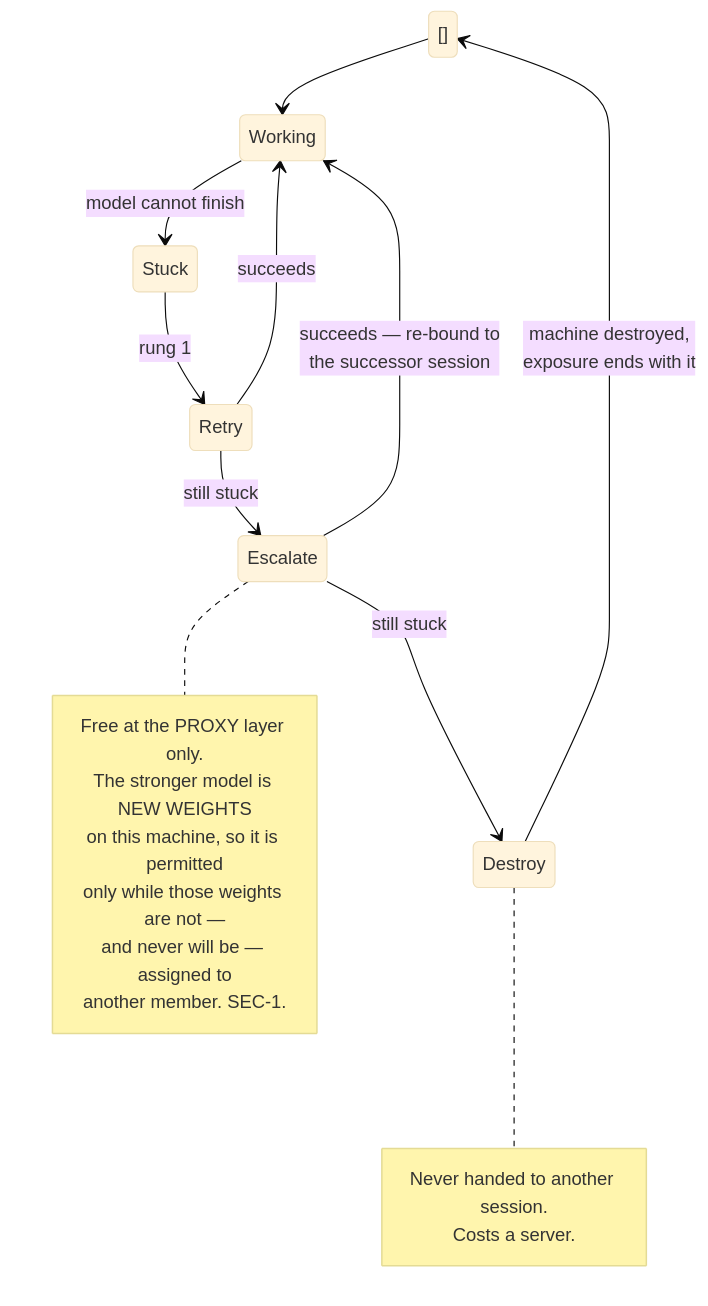
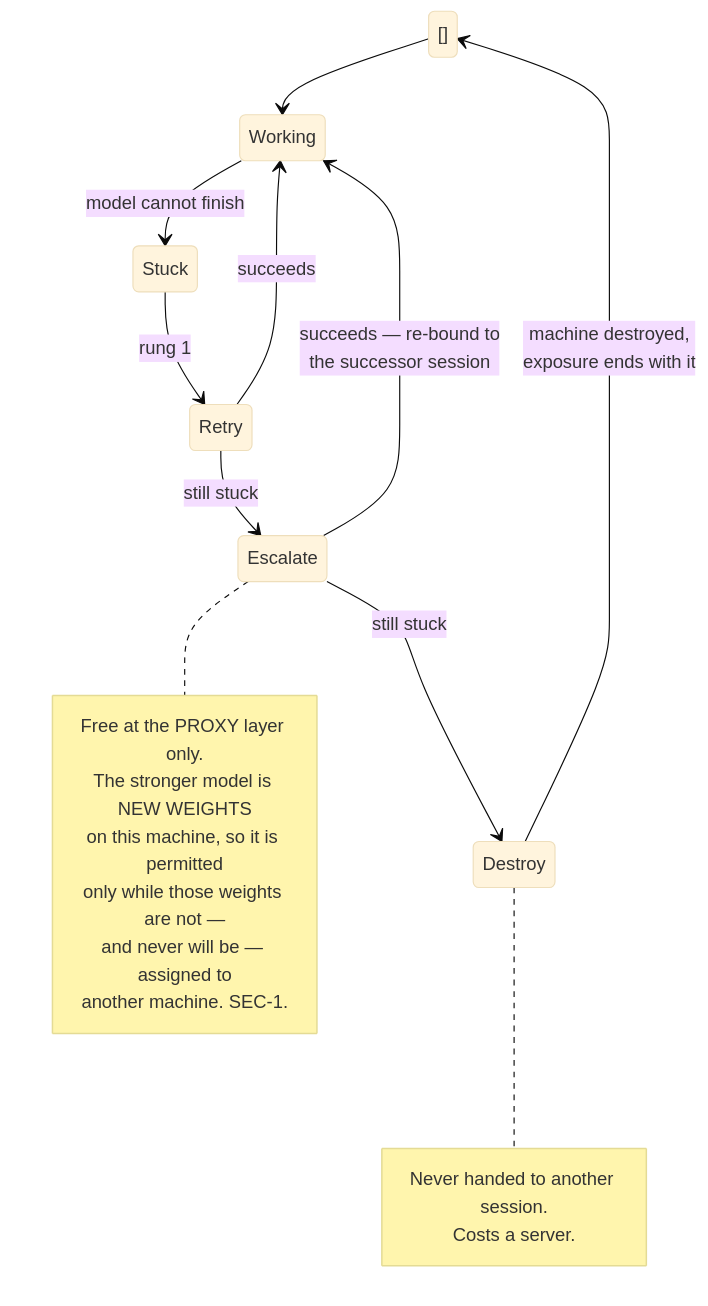
One commit to douglaz/tau-web-spec changed the third of 3 diagrams in 01-architecture.md. Above: the diagram before and after it, drawn with Mermaid (base theme). The commit also changed other lines of this file and 11 other files, not shown here.

````diff
--- a/01-architecture.md
+++ b/01-architecture.md
@@ -326,23 +326,23 @@
 ```mermaid
 stateDiagram-v2
     [] --> Working
     Working --> Stuck: model cannot finish
     Stuck --> Retry: rung 1
     Retry --> Working: succeeds
     Retry --> Escalate: still stuck
     Escalate --> Working: succeeds — re-bound to<br/>the successor session
     note right of Escalate
         Free at the PROXY layer only.
         The stronger model is NEW WEIGHTS
         on this machine, so it is permitted
         only while those weights are not —
         and never will be — assigned to
-        another member. SEC-1.
+        another machine. SEC-1.
     end note
     Escalate --> Destroy: still stuck
     Destroy --> []: machine destroyed,<br/>exposure ends with it
     note right of Destroy
         Never handed to another session.
         Costs a server.
     end note
 ```
````
